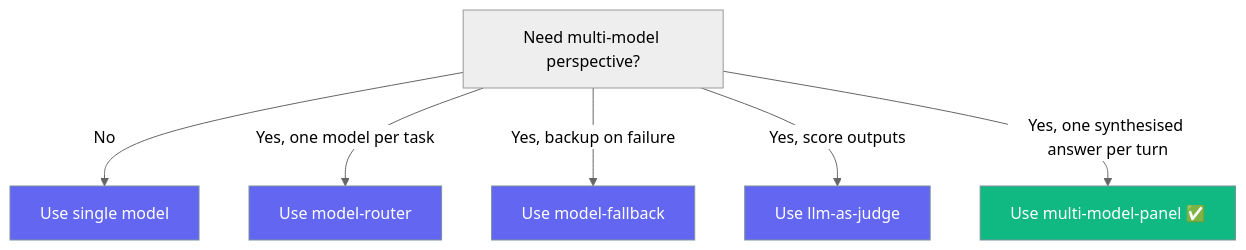
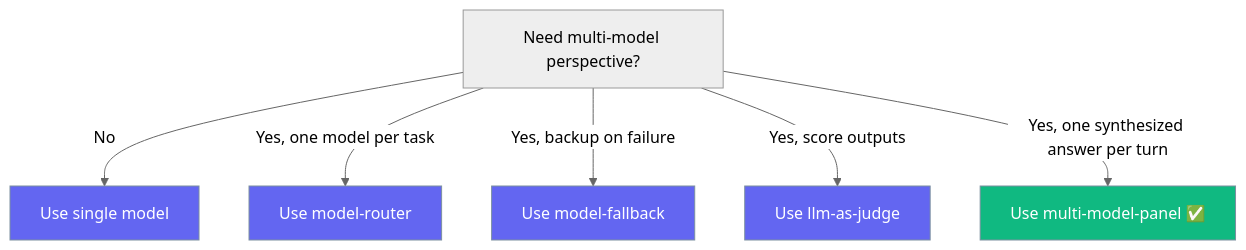
One commit to MervinPraison/PraisonAIDocs changed the third of 3 diagrams in docs/features/multi-model-panel.mdx. Above: the diagram before and after it, drawn with Mermaid (neutral theme). The commit also changed other lines of this file, not shown here.

First line of the commit message:
Address review feedback on Multi-Model Panel docs

````diff
--- a/docs/features/multi-model-panel.mdx
+++ b/docs/features/multi-model-panel.mdx
@@ -99,14 +99,14 @@
 ```mermaid
 graph TB
     Q["Need multi-model perspective?"] -->|No| Single["Use single model"]
     Q -->|Yes, one model per task| Router["Use model-router"]
     Q -->|Yes, backup on failure| Fallback["Use model-fallback"]
     Q -->|Yes, score outputs| Judge["Use llm-as-judge"]
-    Q -->|Yes, one synthesised answer per turn| Panel["Use multi-model-panel ✅"]
+    Q -->|Yes, one synthesized answer per turn| Panel["Use multi-model-panel ✅"]
 
     classDef pick fill:#10B981,stroke:#7C90A0,color:#fff
     classDef alt fill:#6366F1,stroke:#7C90A0,color:#fff
 
     class Panel pick
     class Single,Router,Fallback,Judge alt
 ```
````
